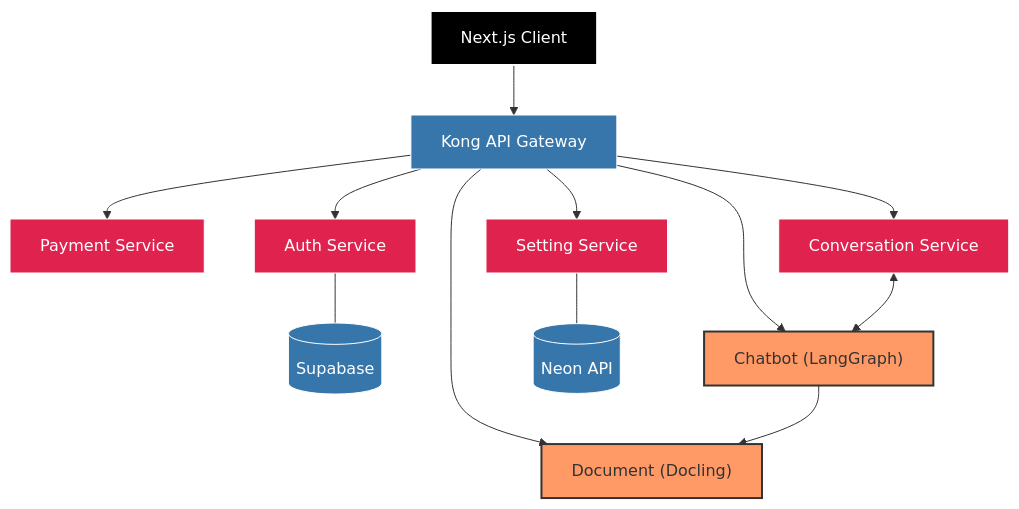
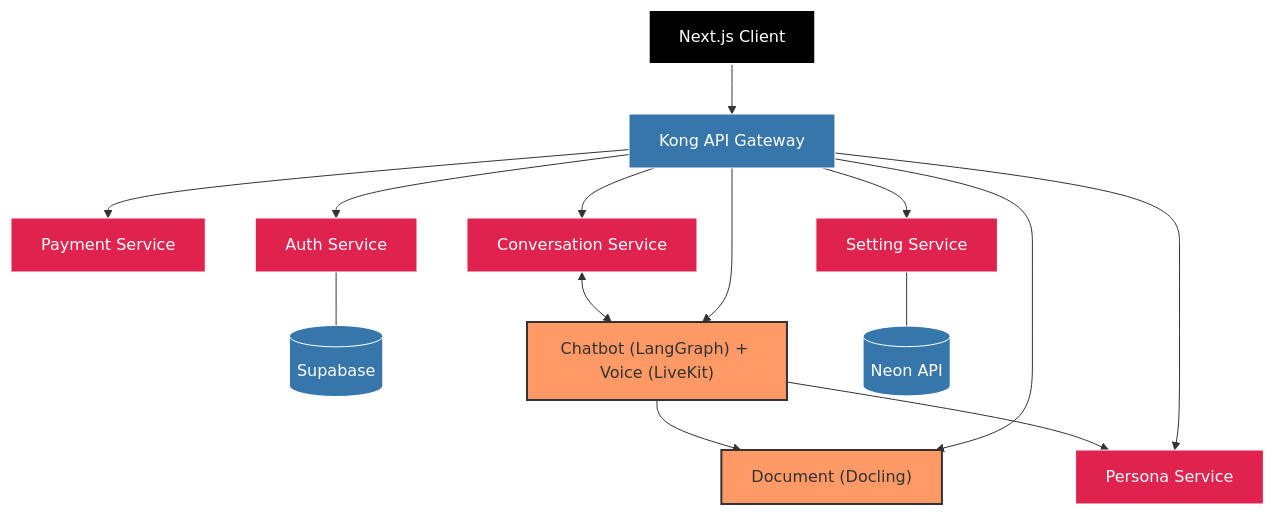
Before and after one commit to 20206205Tech/docs-markdown: the diagram in docs/1. Tổng quan đề tài/1.2. Cơ sở lý thuyết/MSA.mmd, drawn with Mermaid. The commit also changed 1 other file, not shown here.

```diff
--- a/docs/1. Tổng quan đề tài/1.2. Cơ sở lý thuyết/MSA.mmd
+++ b/docs/1. Tổng quan đề tài/1.2. Cơ sở lý thuyết/MSA.mmd
@@ -1,47 +1,52 @@
 graph TB
     %% Định nghĩa màu sắc (Styles)
     classDef client fill:#000,stroke:#fff,stroke-width:2px,color:#fff;
     classDef gateway  fill:#3776ab,stroke:#fff,stroke-width:1px,color:#fff;
     classDef nestjs fill:#e0234e,stroke:#fff,stroke-width:1px,color:#fff;
     classDef python fill:#f96,stroke:#333,stroke-width:2px;
     classDef database  fill:#3776ab,stroke:#fff,stroke-width:1px,color:#fff;
 
     %% Nodes
     Client["Next.js Client"]:::client
 
-    %% subgraph Gateway_Layer [API Gateway]
-        Kong["Kong API Gateway"]:::gateway
-    %% end
+    %% Gateway Layer
+    Kong["Kong API Gateway"]:::gateway
 
-    %% subgraph NestJS_Services [NestJS Ecosystem]
-        Payment["Payment Service"]:::nestjs
-        Conv["Conversation Service"]:::nestjs
-        Auth["Auth Service"]:::nestjs
-        Supa[("Supabase")]:::database
-        Auth --- Supa
-    %% end
+    %% NestJS Ecosystem
+    Payment["Payment Service"]:::nestjs
+    Conv["Conversation Service"]:::nestjs
+    Auth["Auth Service"]:::nestjs
+    Persona["Persona Service"]:::nestjs
+    Supa[("Supabase")]:::database
+    Auth --- Supa
 
-    %% subgraph Python_Services [Python Ecosystem]
-        Chatbot["Chatbot (LangGraph)"]:::python
-        Doc["Document (Docling)"]:::python
-    %% end
+    %% Python Ecosystem
+    Chatbot["Chatbot (LangGraph) + Voice (LiveKit)"]:::python
+    Doc["Document (Docling)"]:::python
 
-    %% subgraph Other_Services [Others]
-        Setting["Setting Service"]:::nestjs
-        Neon[("Neon API")]:::database
-        Setting --- Neon
-    %% end
+    %% Others
+    Setting["Setting Service"]:::nestjs
+    Neon[("Neon API")]:::database
+    Setting --- Neon
 
     %% Connections
     Client --> Kong
+
+
+
+
+    %% Logic Flow
+    Conv <--> Chatbot
+    Chatbot --> Doc
+    Chatbot --> Persona
+
+
+
 
     Kong --> Auth
     Kong --> Setting
     Kong --> Payment
     Kong --> Conv
+    Kong --> Persona
     Kong --> Chatbot
     Kong --> Doc
-
-    %% Logic Flow
-    Conv <--> Chatbot
-    Chatbot --> Doc
```
